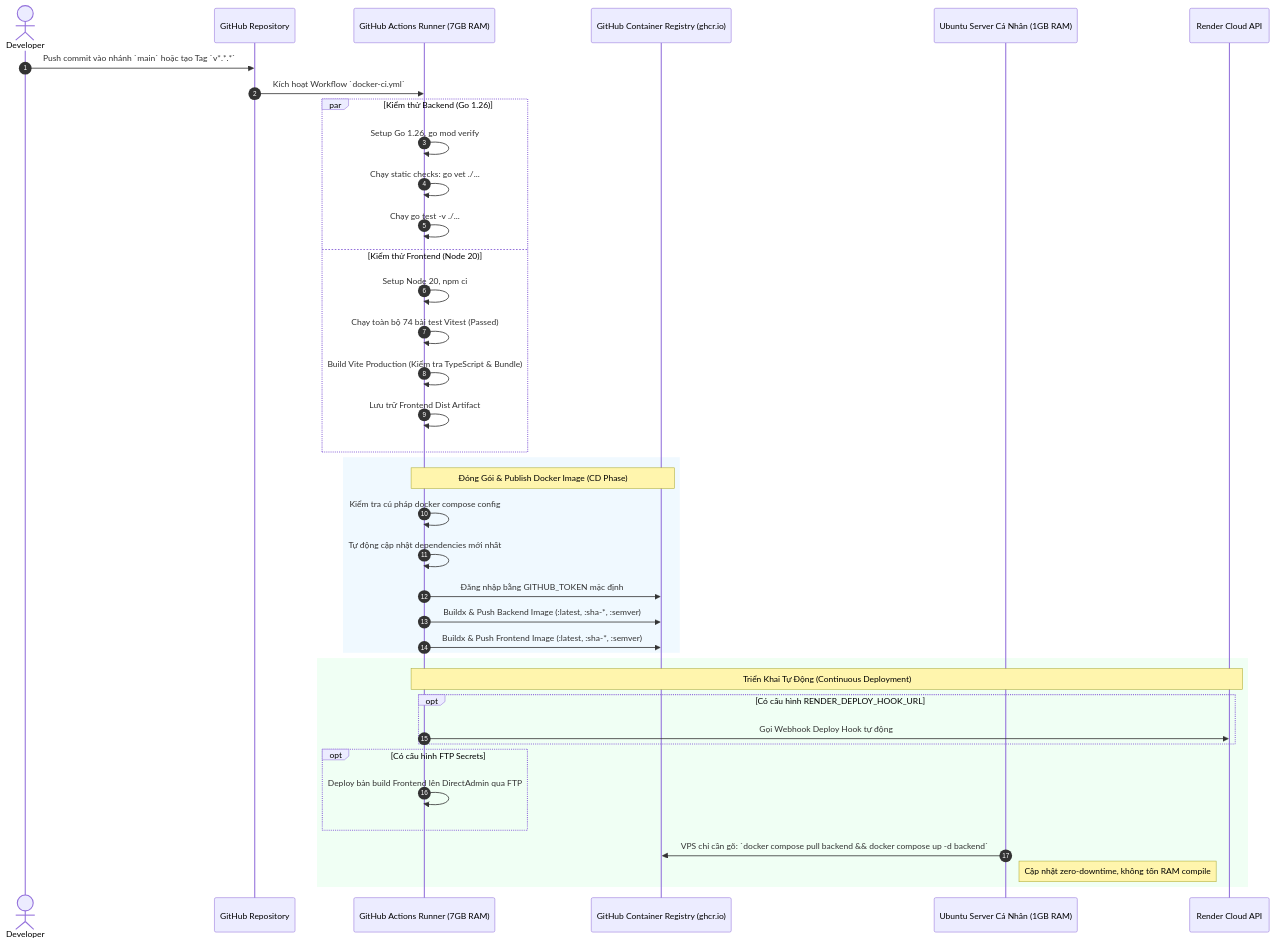
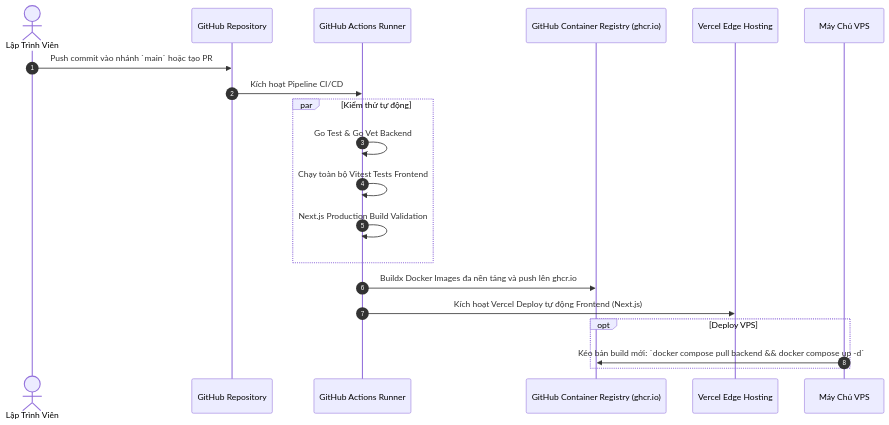
One commit to NDQnhat/wavelink-audio-app changed the second of 2 diagrams in README.md. Above: the diagram before and after it, drawn with Mermaid. The commit also changed other lines of this file, not shown here.

Commit message:
docs: rewrite README with comprehensive feature showcase, dev/docker/cicd guide, and Next.js App Router overview

````diff
--- a/README.md
+++ b/README.md
@@ -451,45 +240,26 @@
 ```mermaid
 sequenceDiagram
     autonumber
-    actor Dev as Developer
+    actor Dev as Lập Trình Viên
     participant GH as GitHub Repository
-    participant Actions as GitHub Actions Runner (7GB RAM)
+    participant Actions as GitHub Actions Runner
     participant GHCR as GitHub Container Registry (ghcr.io)
-    participant VPS as Ubuntu Server Cá Nhân (1GB RAM)
-    participant Render as Render Cloud API
+    participant Vercel as Vercel Edge Hosting
+    participant VPS as Máy Chủ VPS
 
-    Dev->>GH: Push commit vào nhánh `main` hoặc tạo Tag `v*.*.*`
-    GH->>Actions: Kích hoạt Workflow `docker-ci.yml`
-
-    par Kiểm thử Backend (Go 1.26)
-        Actions->>Actions: Setup Go 1.26, go mod verify
-        Actions->>Actions: Chạy static checks: go vet ./...
-        Actions->>Actions: Chạy go test -v ./...
-    and Kiểm thử Frontend (Node 20)
-        Actions->>Actions: Setup Node 20, npm ci
-        Actions->>Actions: Chạy toàn bộ 74 bài test Vitest (Passed)
-        Actions->>Actions: Build Vite Production (Kiểm tra TypeScript & Bundle)
-        Actions->>Actions: Lưu trữ Frontend Dist Artifact
+    Dev->>GH: Push commit vào nhánh `main` hoặc tạo PR
+    GH->>Actions: Kích hoạt Pipeline CI/CD
+    
+    par Kiểm thử tự động
+        Actions->>Actions: Go Test & Go Vet Backend
+        Actions->>Actions: Chạy toàn bộ Vitest Tests Frontend
+        Actions->>Actions: Next.js Production Build Validation
     end
-
-    rect rgb(240, 249, 255)
-        note over Actions, GHCR: Đóng Gói & Publish Docker Image (CD Phase)
-        Actions->>Actions: Kiểm tra cú pháp docker compose config
-        Actions->>Actions: Tự động cập nhật dependencies mới nhất
-        Actions->>GHCR: Đăng nhập bằng GITHUB_TOKEN mặc định
-        Actions->>GHCR: Buildx & Push Backend Image (:latest, :sha-*, :semver)
-        Actions->>GHCR: Buildx & Push Frontend Image (:latest, :sha-*, :semver)
-    end
-
-    rect rgb(240, 255, 244)
-        note over Actions, Render: Triển Khai Tự Động (Continuous Deployment)
-        opt Có cấu hình RENDER_DEPLOY_HOOK_URL
-            Actions->>Render: Gọi Webhook Deploy Hook tự động
-        end
-        opt Có cấu hình FTP Secrets
-            Actions->>Actions: Deploy bản build Frontend lên DirectAdmin qua FTP
-        end
-        VPS->>GHCR: VPS chỉ cần gõ: `docker compose pull backend && docker compose up -d backend`
-        note right of VPS: Cập nhật zero-downtime, không tốn RAM compile
+    
+    Actions->>GHCR: Buildx Docker Images đa nền tảng và push lên ghcr.io
+    Actions->>Vercel: Kích hoạt Vercel Deploy tự động Frontend (Next.js)
+    
+    opt Deploy VPS
+        VPS->>GHCR: Kéo bản build mới: `docker compose pull backend && docker compose up -d`
     end
 ```
````
